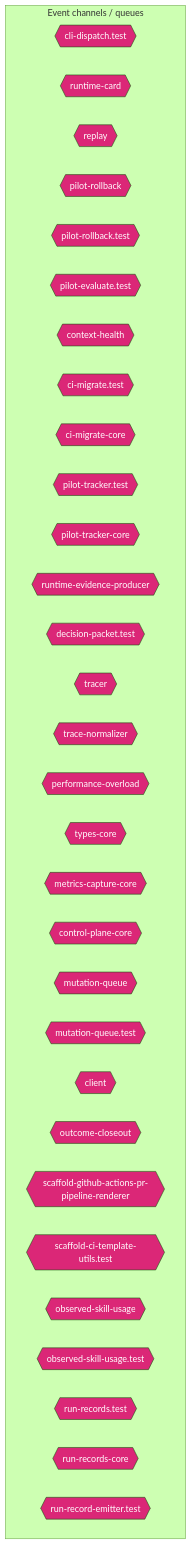
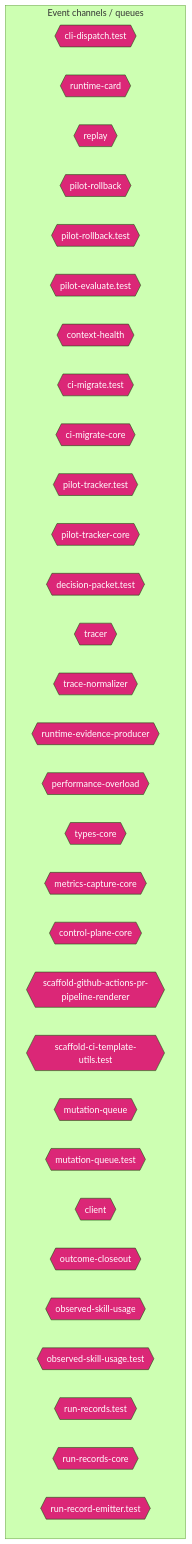
Before and after one commit to jscraik/coding-harness: the ninth of 14 diagrams in AI/context/diagram-context.md, drawn with Mermaid (forest theme). The commit also changed other lines of this file and 38 other files, not shown here.

````diff
--- a/AI/context/diagram-context.md
+++ b/AI/context/diagram-context.md
@@ -1633,38 +1656,38 @@
 ```mermaid
 flowchart TD
   subgraph Channels["Event channels / queues"]
     cli_dispatch_test_54c9f17b{{"cli-dispatch.test"}}
     runtime_card_e06b53e1{{"runtime-card"}}
     replay_ac203c98{{"replay"}}
     pilot_rollback_00c1f82c{{"pilot-rollback"}}
     pilot_rollback_test_e61d5a2b{{"pilot-rollback.test"}}
     pilot_evaluate_test_a2ac06fc{{"pilot-evaluate.test"}}
     context_health_80bb7da9{{"context-health"}}
     ci_migrate_test_2a015bb9{{"ci-migrate.test"}}
     ci_migrate_core_7005b5af{{"ci-migrate-core"}}
     pilot_tracker_test_80398a66{{"pilot-tracker.test"}}
     pilot_tracker_core_80d8ac96{{"pilot-tracker-core"}}
-    runtime_evidence_producer_ea388cb5{{"runtime-evidence-producer"}}
     decision_packet_test_9ea0e97b{{"decision-packet.test"}}
     tracer_1e6243a2{{"tracer"}}
     trace_normalizer_cb1be1d2{{"trace-normalizer"}}
+    runtime_evidence_producer_ea388cb5{{"runtime-evidence-producer"}}
     performance_overload_c685bfcf{{"performance-overload"}}
     types_core_e405ddca{{"types-core"}}
     metrics_capture_core_db4bf7cf{{"metrics-capture-core"}}
     control_plane_core_db3b4cb2{{"control-plane-core"}}
+    scaffold_github_actions_pr_pipeline_renderer_1ee18de5{{"scaffold-github-actions-pr-pipeline-renderer"}}
+    scaffold_ci_template_utils_test_b94825d9{{"scaffold-ci-template-utils.test"}}
     mutation_queue_ce5a530e{{"mutation-queue"}}
     mutation_queue_test_10b599e8{{"mutation-queue.test"}}
-    client_1_914e1681{{"client"}}
+    client_948fe603{{"client"}}
     outcome_closeout_ba497ec2{{"outcome-closeout"}}
-    scaffold_github_actions_pr_pipeline_renderer_1ee18de5{{"scaffold-github-actions-pr-pipeline-renderer"}}
-    scaffold_ci_template_utils_test_b94825d9{{"scaffold-ci-template-utils.test"}}
     observed_skill_usage_ed7d5930{{"observed-skill-usage"}}
     observed_skill_usage_test_311c215a{{"observed-skill-usage.test"}}
     run_records_test_3ee6a0e3{{"run-records.test"}}
     run_records_core_89286dfa{{"run-records-core"}}
     run_record_emitter_test_5475c0da{{"run-record-emitter.test"}}
   end
   classDef eventNode fill:#db2777,color:#fff
-  class cli_dispatch_test_54c9f17b,runtime_card_e06b53e1,replay_ac203c98,pilot_rollback_00c1f82c,pilot_rollback_test_e61d5a2b,pilot_evaluate_test_a2ac06fc,context_health_80bb7da9,ci_migrate_test_2a015bb9,ci_migrate_core_7005b5af,pilot_tracker_test_80398a66,pilot_tracker_core_80d8ac96,runtime_evidence_producer_ea388cb5,decision_packet_test_9ea0e97b,tracer_1e6243a2,trace_normalizer_cb1be1d2,performance_overload_c685bfcf,types_core_e405ddca,metrics_capture_core_db4bf7cf,control_plane_core_db3b4cb2,mutation_queue_ce5a530e,mutation_queue_test_10b599e8,client_1_914e1681,outcome_closeout_ba497ec2,scaffold_github_actions_pr_pipeline_renderer_1ee18de5,scaffold_ci_template_utils_test_b94825d9,observed_skill_usage_ed7d5930,observed_skill_usage_test_311c215a,run_records_test_3ee6a0e3,run_records_core_89286dfa,run_record_emitter_test_5475c0da eventNode
+  class cli_dispatch_test_54c9f17b,runtime_card_e06b53e1,replay_ac203c98,pilot_rollback_00c1f82c,pilot_rollback_test_e61d5a2b,pilot_evaluate_test_a2ac06fc,context_health_80bb7da9,ci_migrate_test_2a015bb9,ci_migrate_core_7005b5af,pilot_tracker_test_80398a66,pilot_tracker_core_80d8ac96,decision_packet_test_9ea0e97b,tracer_1e6243a2,trace_normalizer_cb1be1d2,runtime_evidence_producer_ea388cb5,performance_overload_c685bfcf,types_core_e405ddca,metrics_capture_core_db4bf7cf,control_plane_core_db3b4cb2,scaffold_github_actions_pr_pipeline_renderer_1ee18de5,scaffold_ci_template_utils_test_b94825d9,mutation_queue_ce5a530e,mutation_queue_test_10b599e8,client_948fe603,outcome_closeout_ba497ec2,observed_skill_usage_ed7d5930,observed_skill_usage_test_311c215a,run_records_test_3ee6a0e3,run_records_core_89286dfa,run_record_emitter_test_5475c0da eventNode
 
 ```
````
